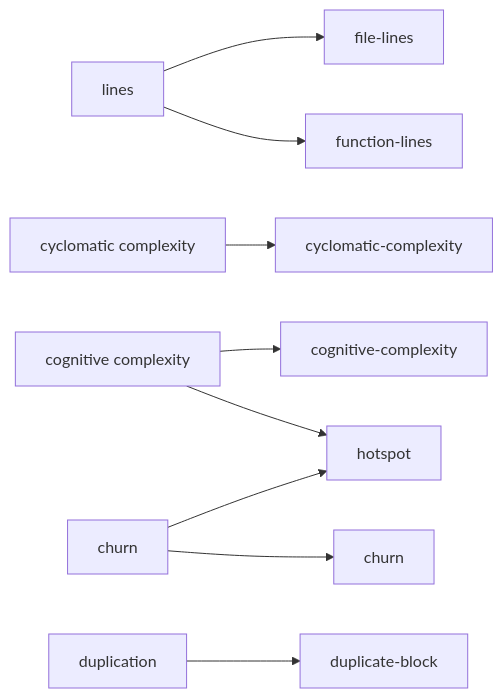
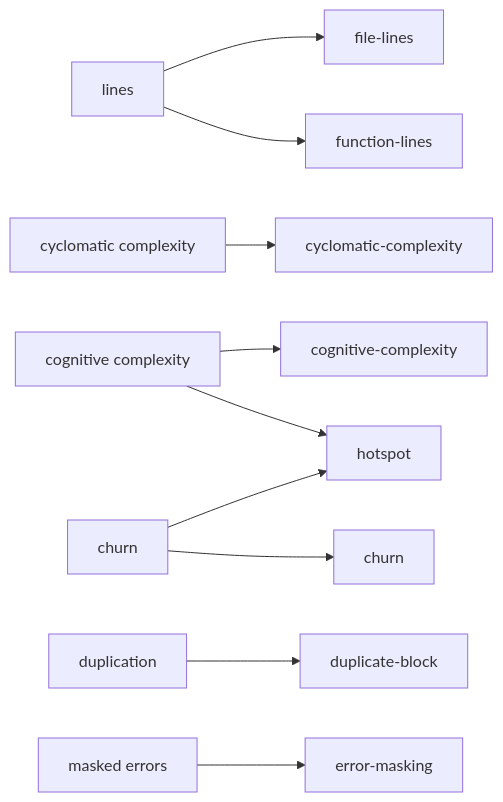
Before and after one commit to morais90/jabuti: the first of 2 diagrams in docs/concepts.md, drawn with Mermaid. The commit also changed 15 other files, not shown here.

````diff
--- a/docs/concepts.md
+++ b/docs/concepts.md
@@ -38,11 +38,12 @@
 ```mermaid
 flowchart LR
     lines["lines"] --> fl["file-lines"]
     lines --> fnl["function-lines"]
     cyc["cyclomatic complexity"] --> cc["cyclomatic-complexity"]
     cog["cognitive complexity"] --> cogr["cognitive-complexity"]
     cog --> hs["hotspot"]
     churn["churn"] --> hs
     churn --> chr["churn"]
     dup["duplication"] --> db["duplicate-block"]
+    mask["masked errors"] --> em["error-masking"]
 ```
````
